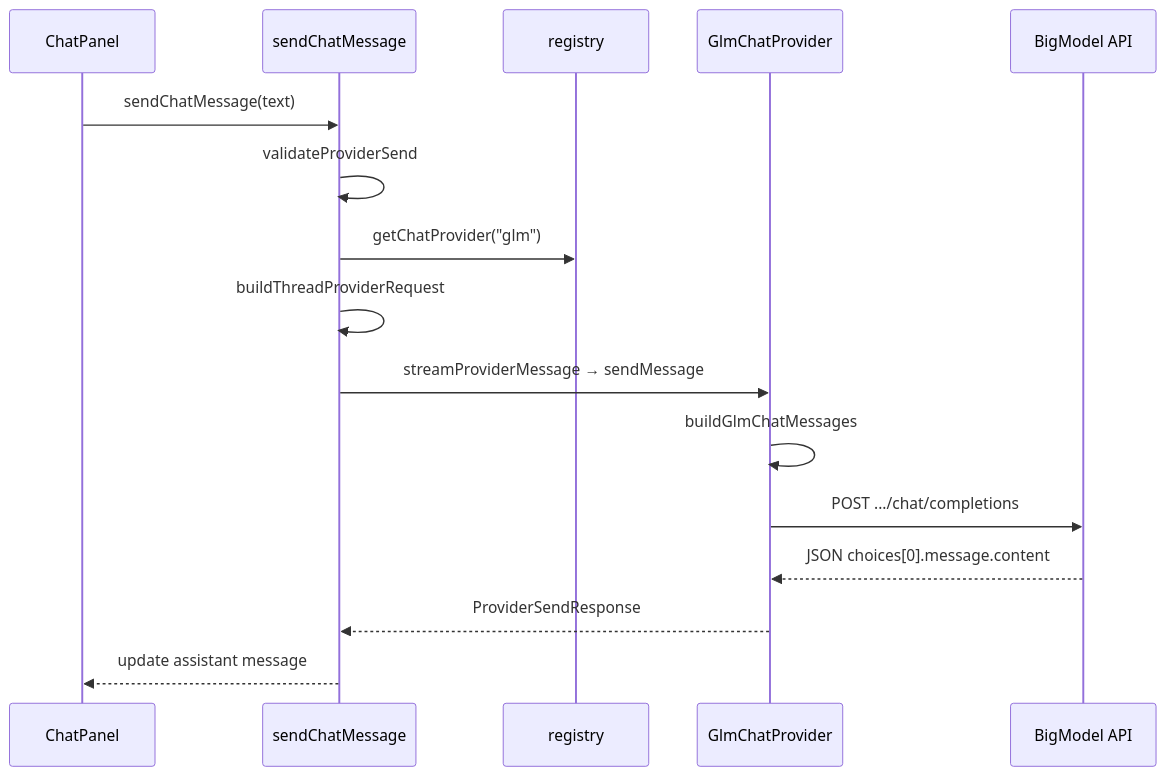
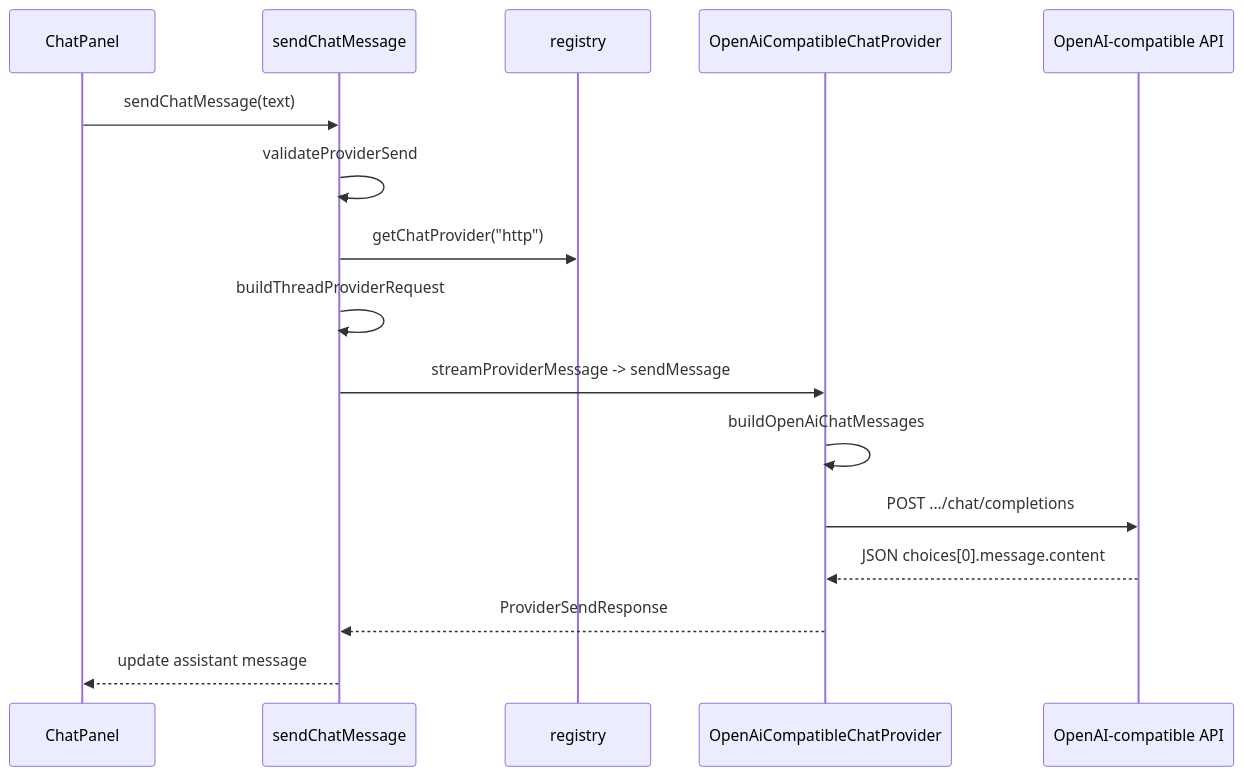
Before and after one commit to AlexeyPerov/SpecOps: the diagram in docs/providers.md, drawn with Mermaid. The commit also changed other lines of this file and 12 other files, not shown here.

````diff
--- a/docs/providers.md
+++ b/docs/providers.md
@@ -7,19 +7,19 @@
 ```mermaid
 sequenceDiagram
   participant UI as ChatPanel
   participant Send as sendChatMessage
   participant Reg as registry
-  participant GLM as GlmChatProvider
-  participant API as BigModel API
+  participant HTTP as OpenAiCompatibleChatProvider
+  participant API as OpenAI-compatible API
 
   UI->>Send: sendChatMessage(text)
   Send->>Send: validateProviderSend
-  Send->>Reg: getChatProvider("glm")
+  Send->>Reg: getChatProvider("http")
   Send->>Send: buildThreadProviderRequest
-  Send->>GLM: streamProviderMessage → sendMessage
-  GLM->>GLM: buildGlmChatMessages
-  GLM->>API: POST .../chat/completions
-  API-->>GLM: JSON choices[0].message.content
-  GLM-->>Send: ProviderSendResponse
+  Send->>HTTP: streamProviderMessage -> sendMessage
+  HTTP->>HTTP: buildOpenAiChatMessages
+  HTTP->>API: POST .../chat/completions
+  API-->>HTTP: JSON choices[0].message.content
+  HTTP-->>Send: ProviderSendResponse
   Send-->>UI: update assistant message
 ```
````
